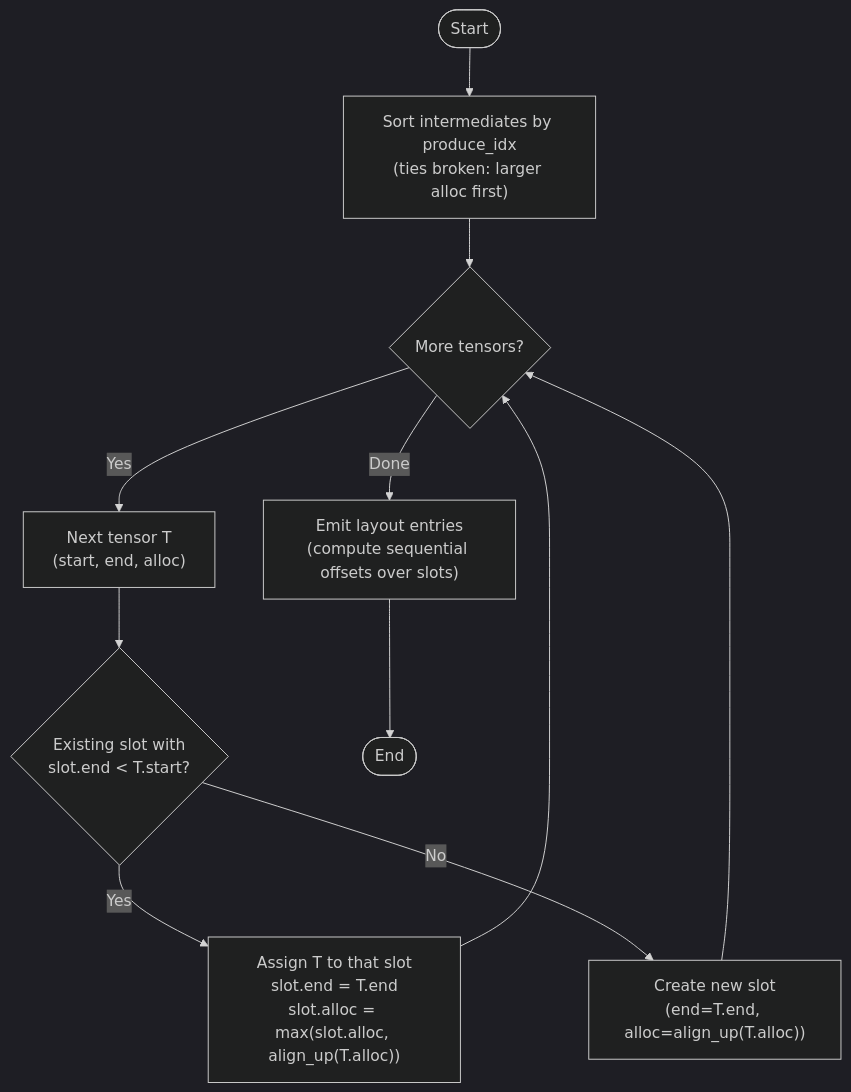
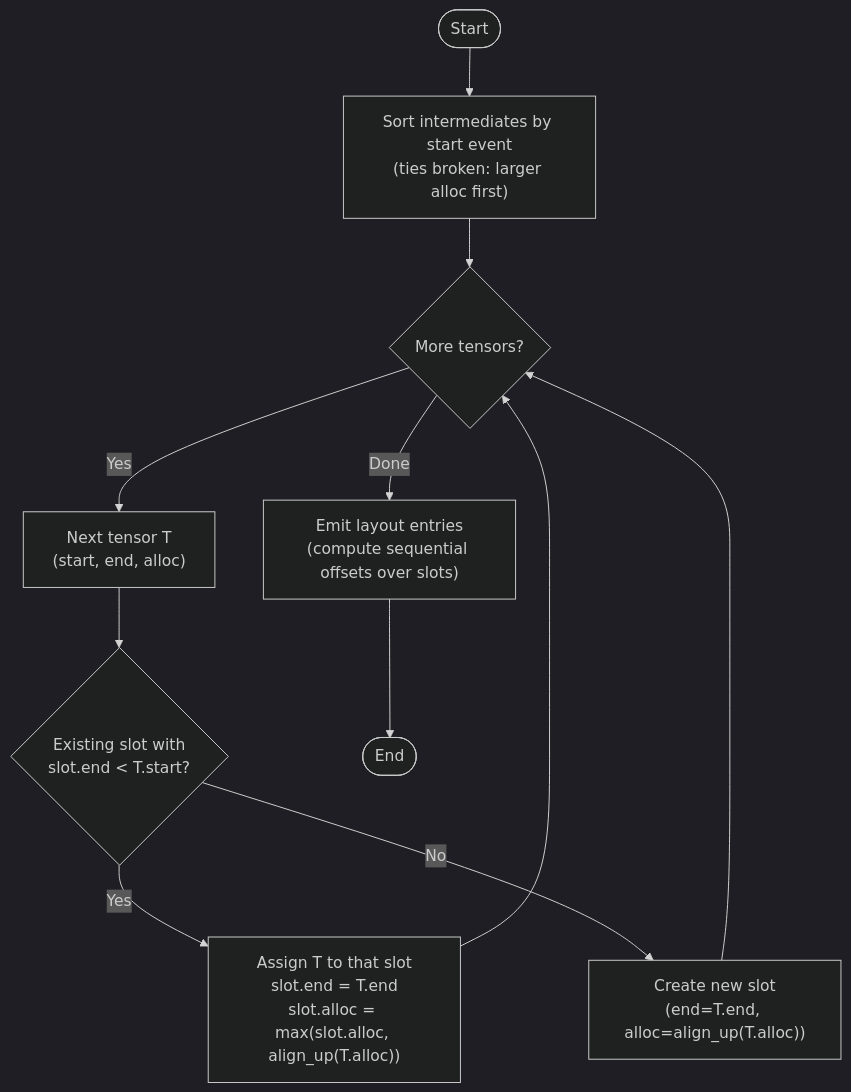
The second of 4 diagrams in inference-scheduler/doc/BUFFER_REUSE.md (phoenix367/cormorant), drawn with Mermaid (dark theme) before and after one commit. The commit also changed other lines of this file and 31 other files, not shown here.

````diff
--- a/inference-scheduler/doc/BUFFER_REUSE.md
+++ b/inference-scheduler/doc/BUFFER_REUSE.md
@@ -145,13 +151,13 @@
 ```mermaid
 flowchart TD
-    S([Start]) --> A["Sort intermediates by produce_idx\n(ties broken: larger alloc first)"]
+    S([Start]) --> A["Sort intermediates by start event\n(ties broken: larger alloc first)"]
     A --> B{More tensors?}
     B -->|Yes| C["Next tensor T\n(start, end, alloc)"]
     C --> D{Existing slot with\nslot.end &lt; T.start?}
     D -->|Yes| E["Assign T to that slot\nslot.end = T.end\nslot.alloc = max(slot.alloc, align_up(T.alloc))"]
     D -->|No| F["Create new slot\n(end=T.end, alloc=align_up(T.alloc))"]
     E --> B
     F --> B
     B -->|Done| G["Emit layout entries\n(compute sequential offsets over slots)"]
     G --> Z([End])
 ```
````
